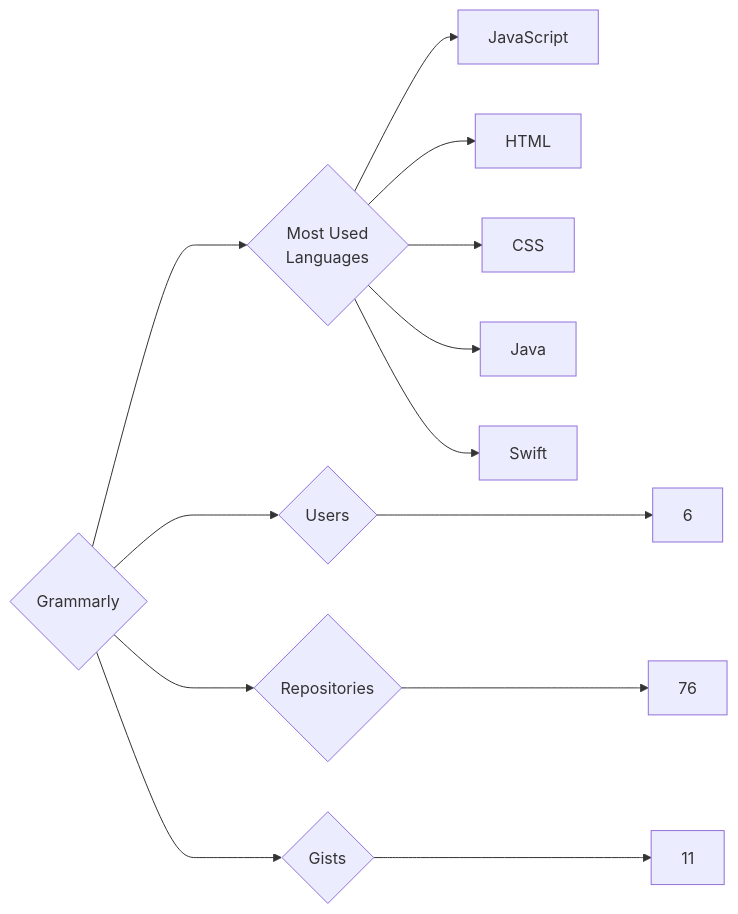
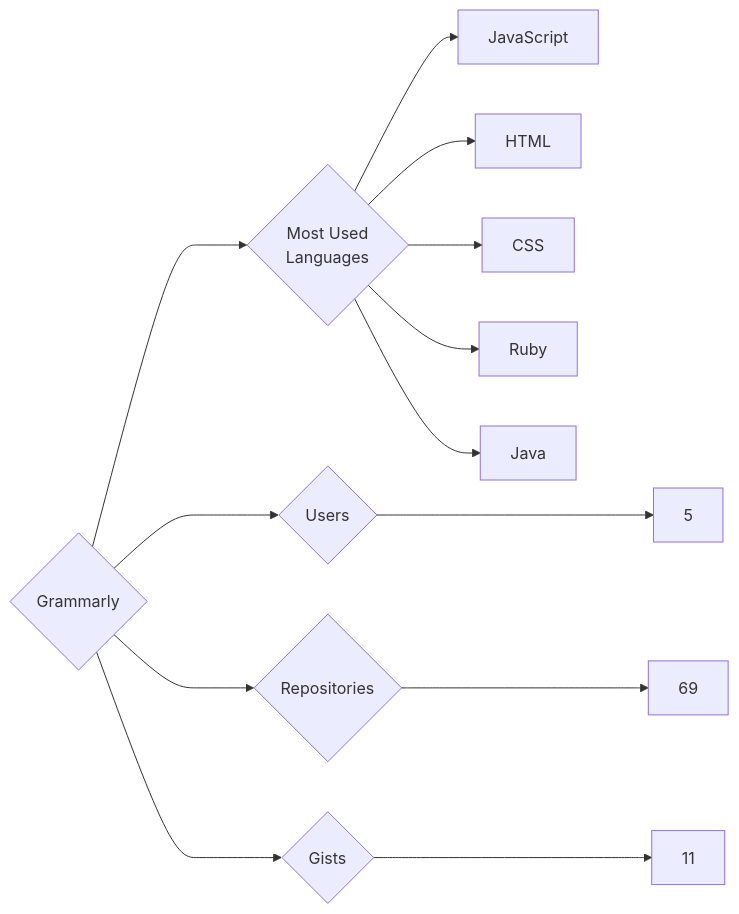
Before and after one commit to trickest/insiders: the diagram in targets/Grammarly/README.md, drawn with Mermaid. The commit also changed 865 other files, not shown here.

````diff
--- a/targets/Grammarly/README.md
+++ b/targets/Grammarly/README.md
@@ -3,13 +3,13 @@
 ```mermaid
 graph LR
 COMPANY_NAME{Grammarly}
-COMPANY_NAME ---> U{Users} ---> UN[6]
-COMPANY_NAME ---> R{Repositories} ---> RN[76]
+COMPANY_NAME ---> U{Users} ---> UN[5]
+COMPANY_NAME ---> R{Repositories} ---> RN[69]
 COMPANY_NAME ---> G{Gists} ---> GN[11]
 COMPANY_NAME ---> ML{Most Used<br>Languages}
 ML --> JavaScript[JavaScript]
 ML --> HTML[HTML]
 ML --> CSS[CSS]
+ML --> Ruby[Ruby]
 ML --> Java[Java]
-ML --> Swift[Swift]
 ```
````
